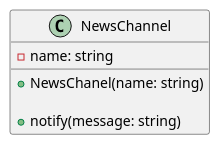
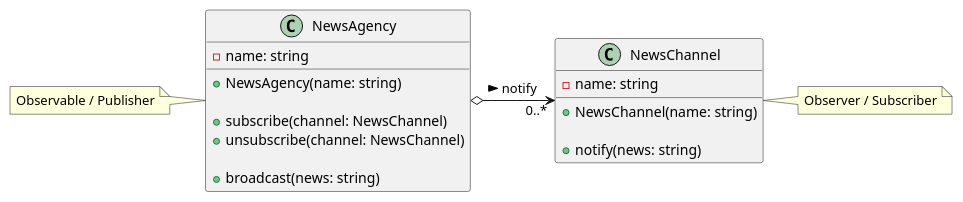
The diagram in model/Observer-Part-1classdiagram.puml (BilligToast/2024_cWI_SWP), drawn with PlantUML before and after one commit. The commit also changed 5 other files, not shown here.

```diff
--- a/model/Observer-Part-1classdiagram.puml
+++ b/model/Observer-Part-1classdiagram.puml
@@ -1,15 +1,30 @@
-@startuml Observer-Part-1
+@startuml observer_part_01_005
 
-class NewsChannel{
+class NewsAgency {
 
     - name: string
 
-    + NewsChanel(name: string)
+    + NewsAgency(name: string)
 
-    + notify(message: string)
+    + subscribe(channel: NewsChannel)
+    + unsubscribe(channel: NewsChannel)
+
+    + broadcast(news: string)
+
+}
+note left of NewsAgency: Observable / Publisher
+
+class NewsChannel {
+
+    - name: string
+
+    + NewsChannel(name: string)
+
+    + notify(news: string)
 
 
 }
-
+note right of NewsChannel: Observer / Subscriber
+NewsAgency o-right-> "0..*" NewsChannel: notify >
 
 @enduml
```
